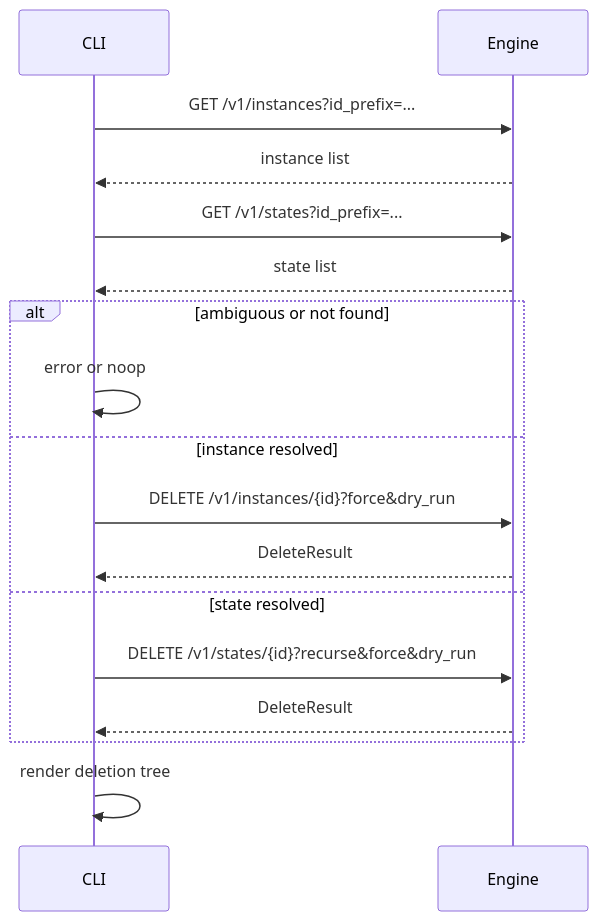
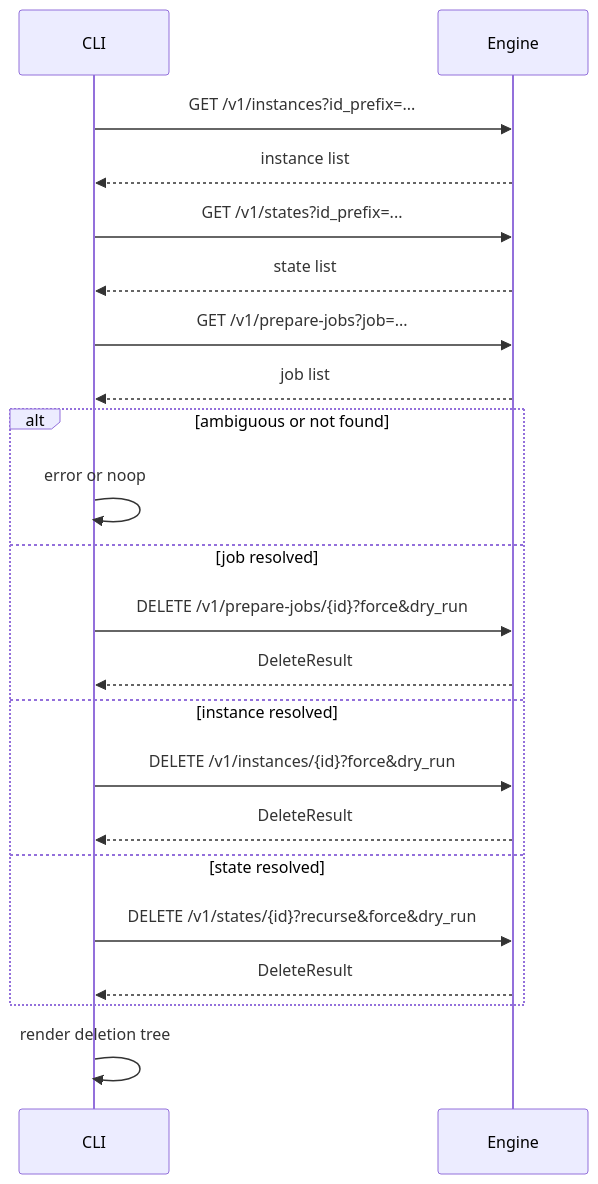
Before and after one commit to kimak-irmagi/taidon: the fifth of 5 diagrams in docs/architecture/cli-architecture.md, drawn with Mermaid. The commit also changed other lines of this file and 5 other files, not shown here.

````diff
--- a/docs/architecture/cli-architecture.md
+++ b/docs/architecture/cli-architecture.md
@@ -120,20 +129,25 @@
 ```mermaid
 sequenceDiagram
   participant CLI as CLI
   participant ENG as Engine
 
   CLI->>ENG: GET /v1/instances?id_prefix=...
   ENG-->>CLI: instance list
   CLI->>ENG: GET /v1/states?id_prefix=...
   ENG-->>CLI: state list
+  CLI->>ENG: GET /v1/prepare-jobs?job=...
+  ENG-->>CLI: job list
   alt ambiguous or not found
     CLI->>CLI: error or noop
+  else job resolved
+    CLI->>ENG: DELETE /v1/prepare-jobs/{id}?force&dry_run
+    ENG-->>CLI: DeleteResult
   else instance resolved
     CLI->>ENG: DELETE /v1/instances/{id}?force&dry_run
     ENG-->>CLI: DeleteResult
   else state resolved
     CLI->>ENG: DELETE /v1/states/{id}?recurse&force&dry_run
     ENG-->>CLI: DeleteResult
   end
   CLI->>CLI: render deletion tree
 ```
````
